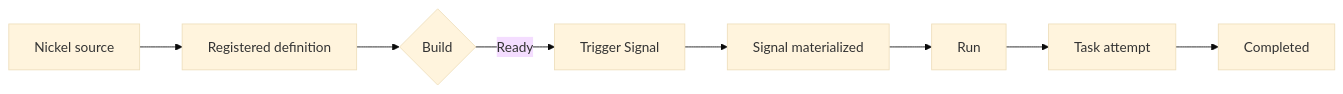
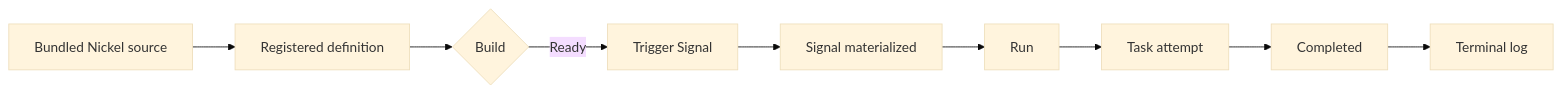
Before and after one commit to tickr-io/tickr-cli: the diagram in docs-site/docs/get-started/first-run.md, drawn with Mermaid (base theme). The commit also changed other lines of this file and 13 other files, not shown here.

````diff
--- a/docs-site/docs/get-started/first-run.md
+++ b/docs-site/docs/get-started/first-run.md
@@ -88,10 +24,11 @@
 ```mermaid
 flowchart LR
-  S[Nickel source] --> R[Registered definition]
+  S[Bundled Nickel source] --> R[Registered definition]
   R --> B{Build}
   B -->|Ready| T[Trigger Signal]
   T --> M[Signal materialized]
   M --> I[Run]
   I --> K[Task attempt]
   K --> C[Completed]
+  C --> L[Terminal log]
 ```
````
